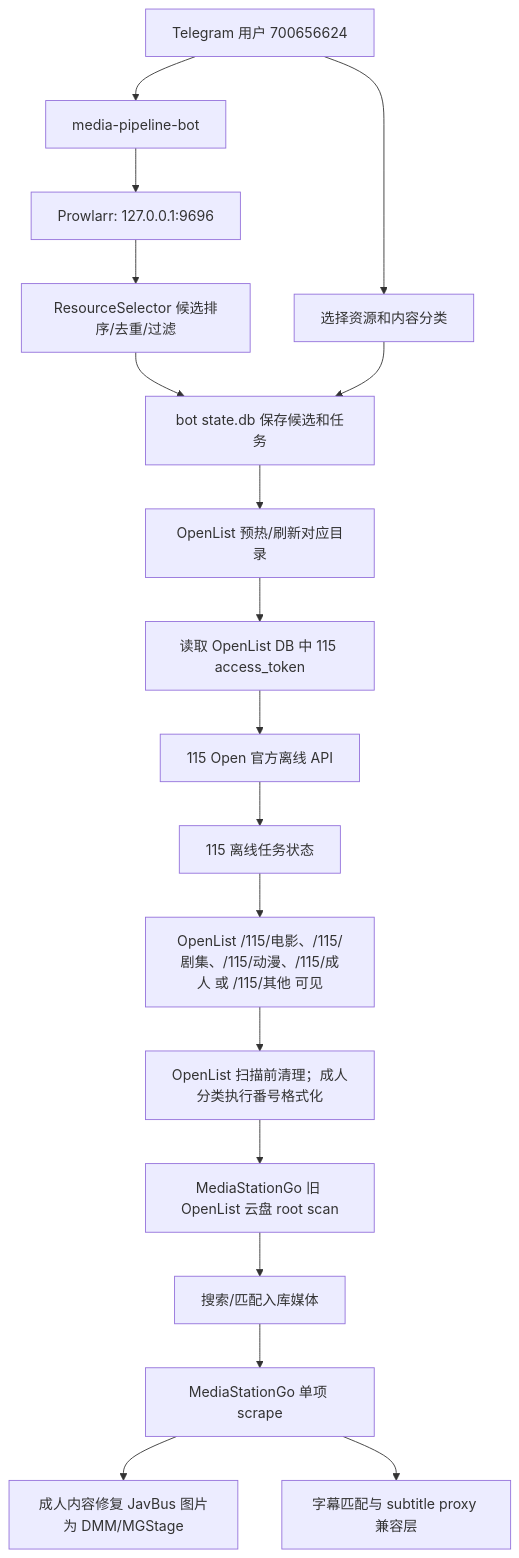
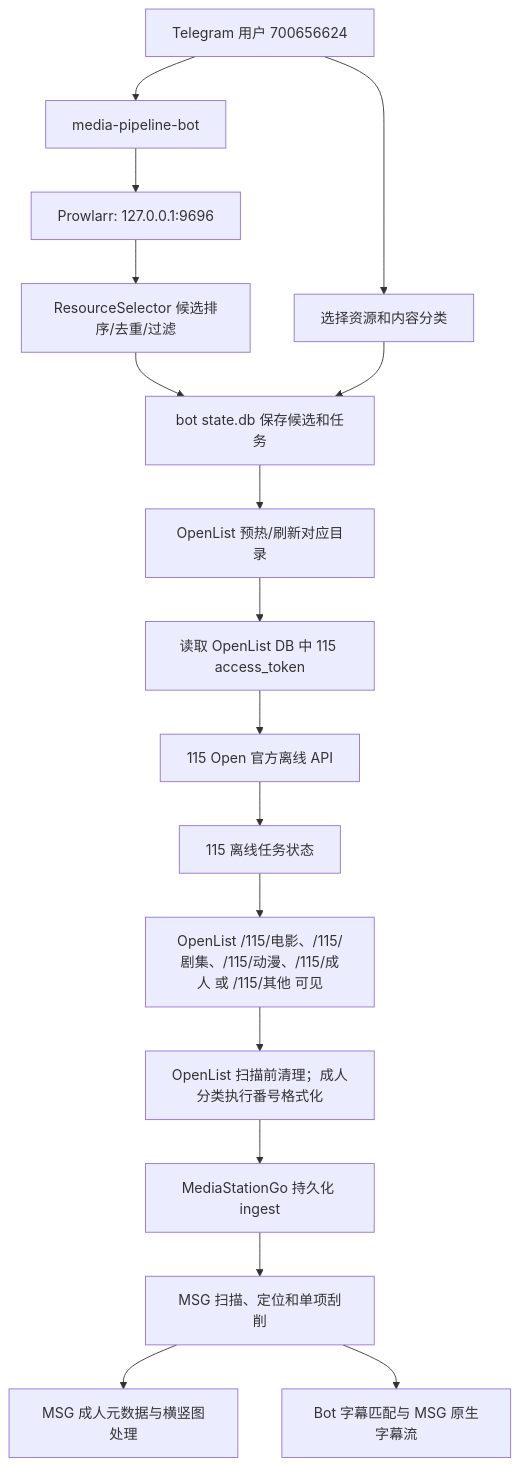
The diagram in docs/project-design-and-progress-2026-07-02.md (timefunnel/media-pipeline), drawn with Mermaid before and after one commit. The commit also changed other lines of this file and 8 other files, not shown here.

Commit message:
refactor remove legacy media compatibility proxy

````diff
--- a/docs/project-design-and-progress-2026-07-02.md
+++ b/docs/project-design-and-progress-2026-07-02.md
@@ -51,20 +48,19 @@
 ```mermaid
 flowchart TD
     U["Telegram 用户 700656624"] --> B["media-pipeline-bot"]
     B --> P["Prowlarr: 127.0.0.1:9696"]
     P --> S["ResourceSelector 候选排序/去重/过滤"]
     S --> DB["bot state.db 保存候选和任务"]
     U --> C["选择资源和内容分类"]
     C --> DB
     DB --> W["OpenList 预热/刷新对应目录"]
     W --> T["读取 OpenList DB 中 115 access_token"]
     T --> O["115 Open 官方离线 API"]
     O --> Q["115 离线任务状态"]
     Q --> L["OpenList /115/电影、/115/剧集、/115/动漫、/115/成人 或 /115/其他 可见"]
     L --> OC["OpenList 扫描前清理；成人分类执行番号格式化"]
-    OC --> M["MediaStationGo 旧 OpenList 云盘 root scan"]
-    M --> F["搜索/匹配入库媒体"]
-    F --> R["MediaStationGo 单项 scrape"]
-    R --> A["成人内容修复 JavBus 图片为 DMM/MGStage"]
-    R --> X["字幕匹配与 subtitle proxy 兼容层"]
+    OC --> M["MediaStationGo 持久化 ingest"]
+    M --> R["MSG 扫描、定位和单项刮削"]
+    R --> A["MSG 成人元数据与横竖图处理"]
+    R --> X["Bot 字幕匹配与 MSG 原生字幕流"]
 ```
````
